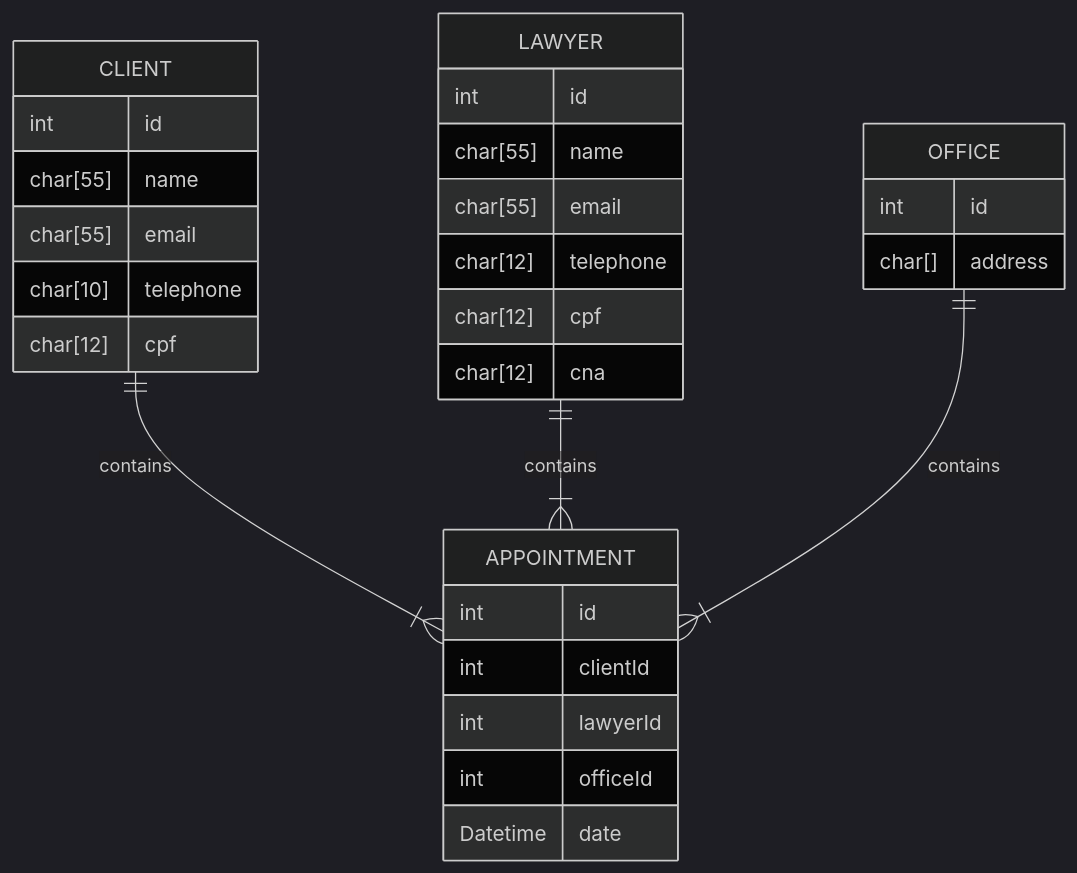
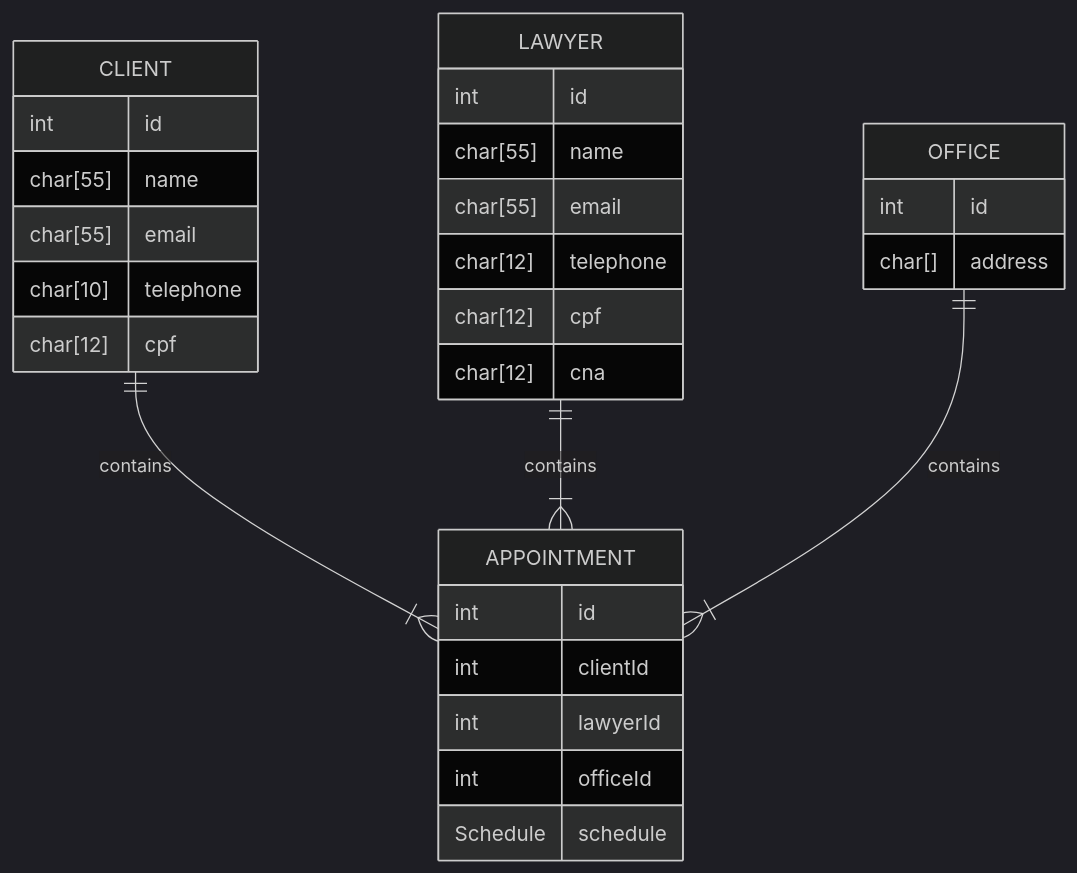
Before and after one commit to akemi-adam/sig-law: the diagram in README.md, drawn with Mermaid (dark theme).

Commit message:
docs: Mudança de coluna date em appointment para schedule

````diff
--- a/README.md
+++ b/README.md
@@ -10,36 +10,36 @@
 ```mermaid
 erDiagram
 
 CLIENT ||--|{ APPOINTMENT : contains
 CLIENT {
     int id
     char[55] name
     char[55] email
     char[10] telephone
     char[12] cpf
 }
 
 LAWYER ||--|{ APPOINTMENT : contains
 LAWYER {
     int id
     char[55] name
     char[55] email
     char[12] telephone
     char[12] cpf
     char[12] cna
 }
 
 APPOINTMENT {
     int id
     int clientId
     int lawyerId
     int officeId
-    Datetime date
+    Schedule schedule
 }
 
 OFFICE ||--|{ APPOINTMENT : contains
 OFFICE {
     int id
     char[] address
 }
 ```
````
